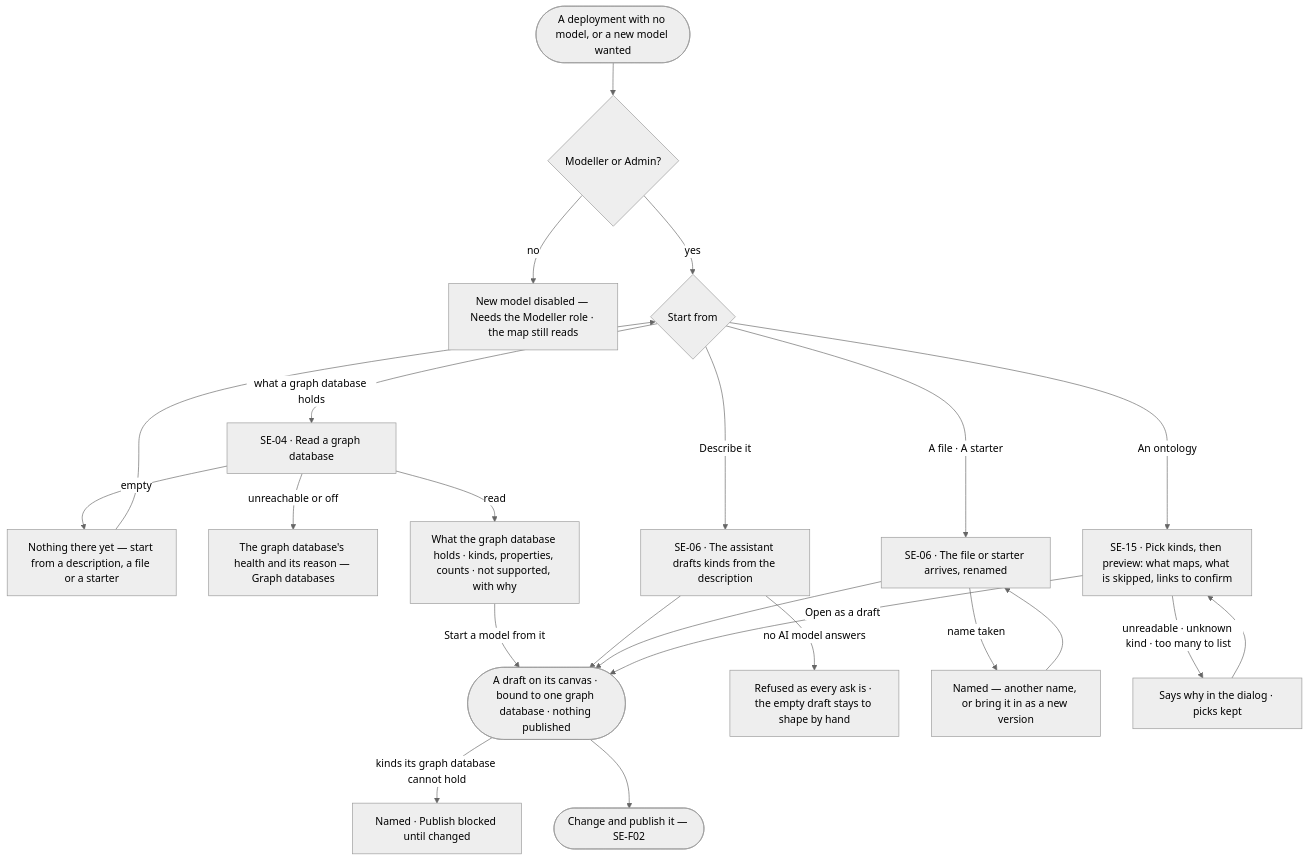
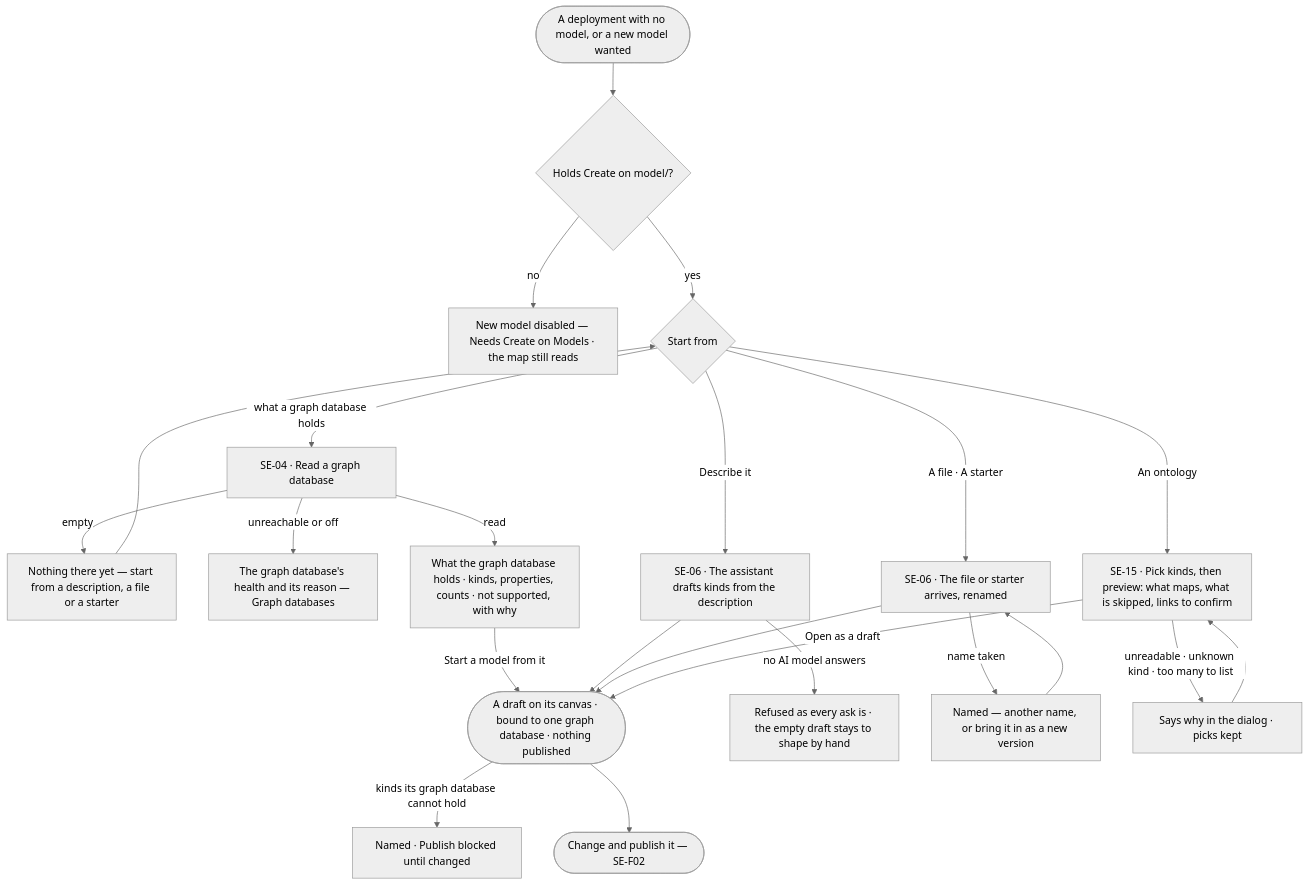
One commit to invana/invana changed the first of 2 diagrams in specs/capabilities/semantics/features/SE-F01-start-a-model/feature.md. Above: the diagram before and after it, drawn with Mermaid (neutral theme). The commit also changed other lines of this file and 456 other files, not shown here.

````diff
--- a/specs/capabilities/semantics/features/SE-F01-start-a-model/feature.md
+++ b/specs/capabilities/semantics/features/SE-F01-start-a-model/feature.md
@@ -26,22 +26,22 @@
 ```mermaid
 flowchart TD
-  start([A deployment with no model, or a new model wanted]) --> may{Modeller or Admin?}
-  may -->|no| na["New model disabled — Needs the Modeller role · the map still reads"]
+  start([A deployment with no model, or a new model wanted]) --> may{"Holds Create on model/<model>?"}
+  may -->|no| na["New model disabled — Needs Create on Models · the map still reads"]
   may -->|yes| from{Start from}
   from -->|what a graph database holds| r["SE-04 · Read a graph database"]
   r -->|empty| e["Nothing there yet — start from a description, a file or a starter"] --> from
   r -->|unreachable or off| u["The graph database's health and its reason — Graph databases"]
   r -->|read| m["What the graph database holds · kinds, properties, counts · not supported, with why"]
   m -->|Start a model from it| d
   from -->|Describe it| ds["SE-06 · The assistant drafts kinds from the description"]
   ds -->|no AI model answers| hand["Refused as every ask is · the empty draft stays to shape by hand"]
   ds --> d
   from -->|A file · A starter| f["SE-06 · The file or starter arrives, renamed"]
   f -->|name taken| nt["Named — another name, or bring it in as a new version"] --> f
   f --> d
   from -->|An ontology| o["SE-15 · Pick kinds, then preview: what maps, what is skipped, links to confirm"]
   o -->|unreadable · unknown kind · too many to list| oe["Says why in the dialog · picks kept"] --> o
   o -->|Open as a draft| d
   d(["A draft on its canvas · bound to one graph database · nothing published"]) -->|kinds its graph database cannot hold| np["Named · Publish blocked until changed"]
   d --> pub(["Change and publish it — SE-F02"])
 ```
````
